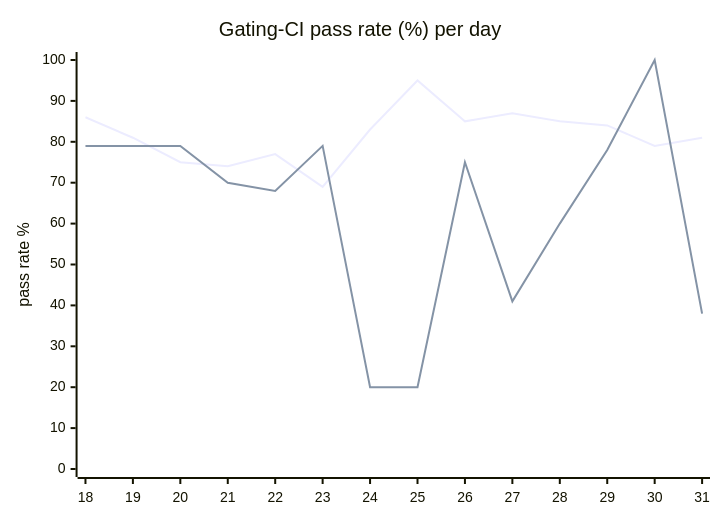
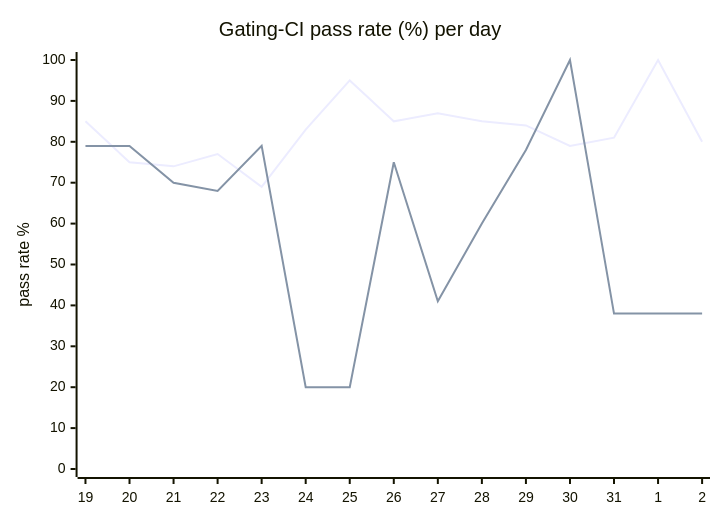
One commit to hatchet-dev/hatchet changed the diagram in hack/ci/ci-dashboard/staging/issue.md. Above: the diagram before and after it, drawn with Mermaid. The commit also changed other lines of this file, not shown here.

````diff
--- a/hack/ci/ci-dashboard/staging/issue.md
+++ b/hack/ci/ci-dashboard/staging/issue.md
@@ -9,8 +9,8 @@
 ```mermaid
 xychart-beta
   title "Gating-CI pass rate (%) per day"
-  x-axis [18, 19, 20, 21, 22, 23, 24, 25, 26, 27, 28, 29, 30, 31]
+  x-axis [19, 20, 21, 22, 23, 24, 25, 26, 27, 28, 29, 30, 31, 1, 2]
   y-axis "pass rate %" 0 --> 100
-  line "CI" [86, 81, 75, 74, 77, 69, 83, 95, 85, 87, 85, 84, 79, 81]
-  line "main" [79, 79, 79, 70, 68, 79, 20, 20, 75, 41, 60, 78, 100, 38]
+  line "CI" [85, 75, 74, 77, 69, 83, 95, 85, 87, 85, 84, 79, 81, 100, 80]
+  line "main" [79, 79, 70, 68, 79, 20, 20, 75, 41, 60, 78, 100, 38, 38, 38]
 ```
````
